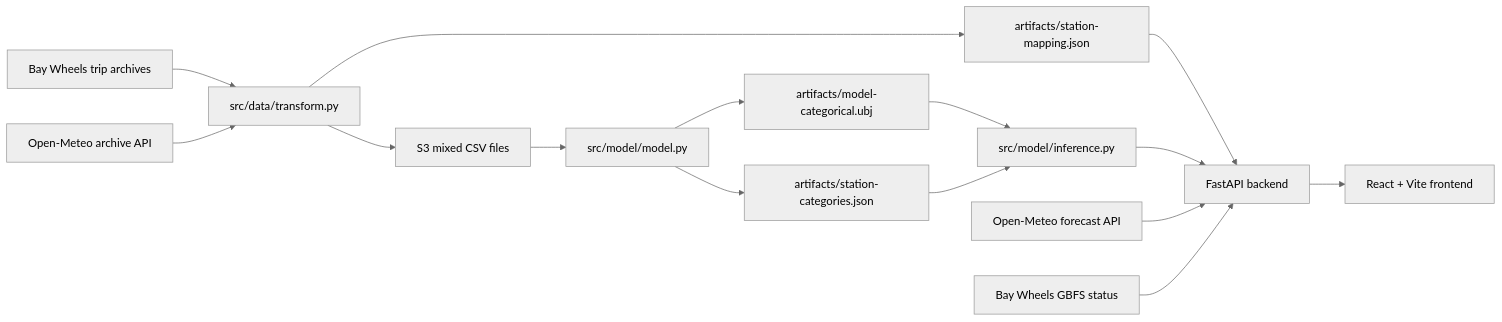
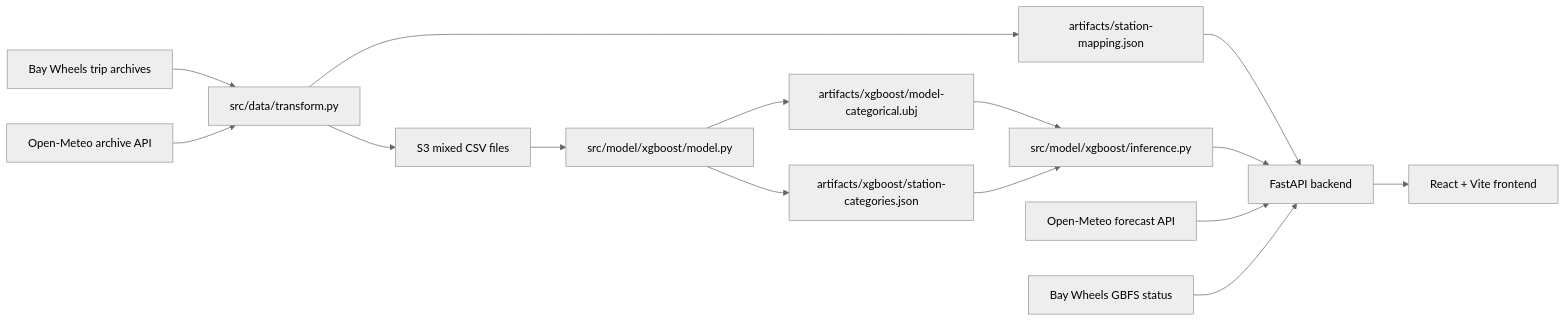
One commit to VenkatRamaraju/flowcast changed the diagram in README.md. Above: the diagram before and after it, drawn with Mermaid (neutral theme). The commit also changed other lines of this file and 12 other files, not shown here.

````diff
--- a/README.md
+++ b/README.md
@@ -26,18 +27,18 @@
 ```mermaid
 flowchart LR
     TripData[Bay Wheels trip archives] --> Transform[src/data/transform.py]
     WeatherArchive[Open-Meteo archive API] --> Transform
     Transform --> MixedS3[S3 mixed CSV files]
-    MixedS3 --> Train[src/model/model.py]
-    Train --> Model[artifacts/model-categorical.ubj]
-    Train --> Categories[artifacts/station-categories.json]
+    MixedS3 --> Train[src/model/xgboost/model.py]
+    Train --> Model[artifacts/xgboost/model-categorical.ubj]
+    Train --> Categories[artifacts/xgboost/station-categories.json]
     Transform --> Mapping[artifacts/station-mapping.json]
 
-    Model --> Inference[src/model/inference.py]
+    Model --> Inference[src/model/xgboost/inference.py]
     Categories --> Inference
     Mapping --> API[FastAPI backend]
     Inference --> API
     LiveWeather[Open-Meteo forecast API] --> API
     GBFS[Bay Wheels GBFS status] --> API
     API --> Frontend[React + Vite frontend]
 ```
````
